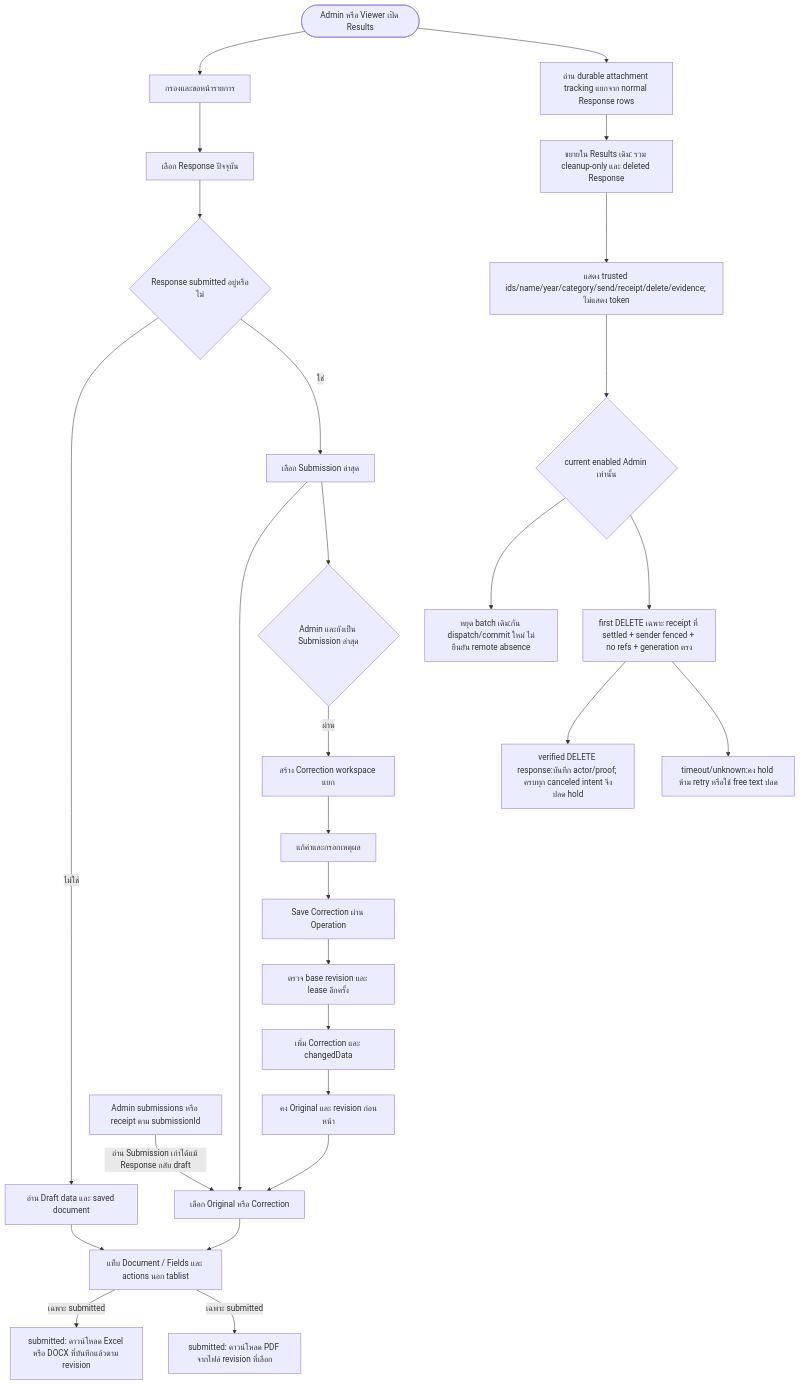
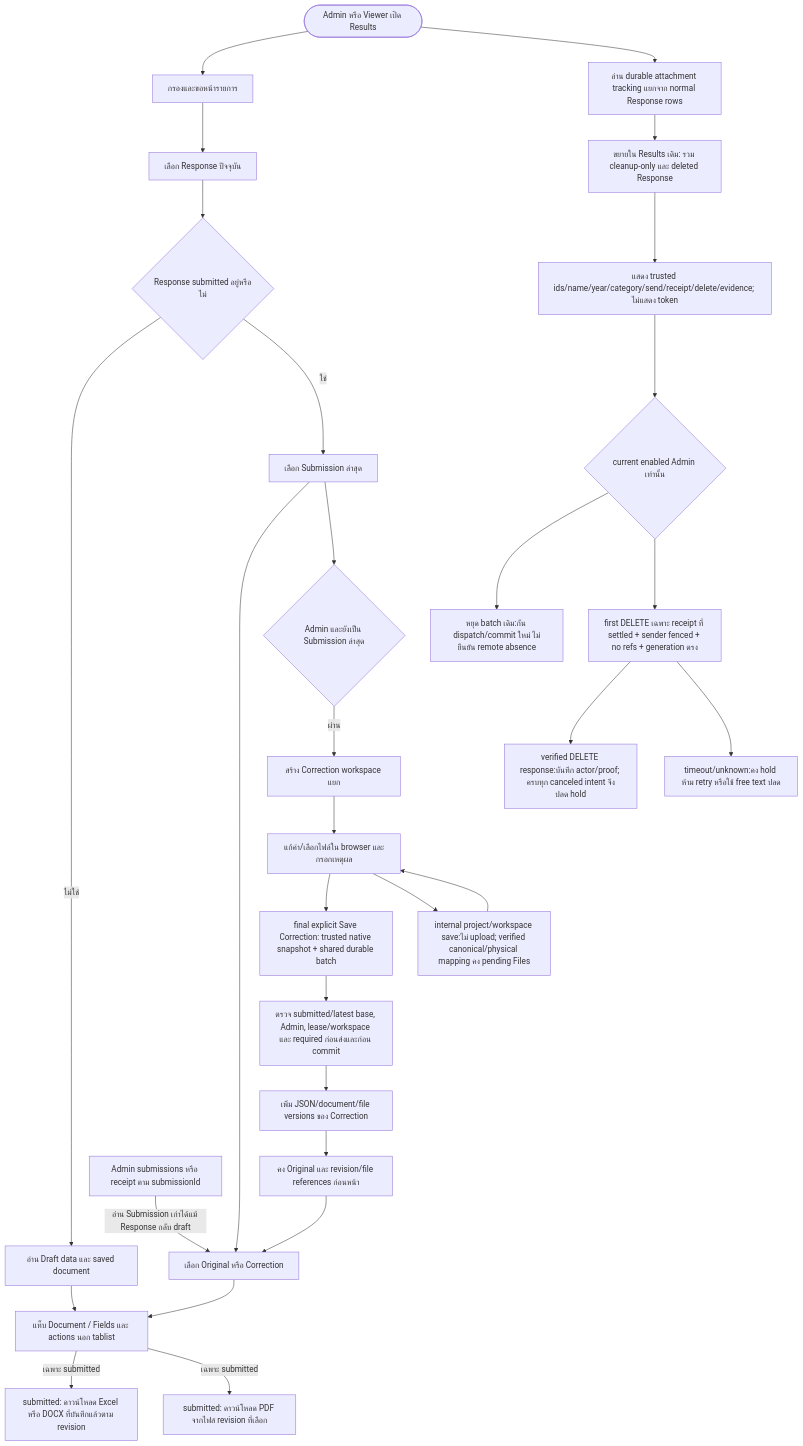
One commit to AquilaStudio2/folio-forms changed the diagram in .scratch/system-workflow/diagrams/09-results-correction.mmd. Above: the diagram before and after it, drawn with Mermaid. The commit also changed 25 other files, not shown here.

```diff
--- a/.scratch/system-workflow/diagrams/09-results-correction.mmd
+++ b/.scratch/system-workflow/diagrams/09-results-correction.mmd
@@ -1,36 +1,38 @@
 flowchart TD
     search(["Admin หรือ Viewer เปิด Results"])
     filters["กรองและขอหน้ารายการ"]
     response["เลือก Response ปัจจุบัน"]
     state{"Response submitted อยู่หรือไม่"}
     draft["อ่าน Draft data และ saved document"]
     submission["เลือก Submission ล่าสุด"]
     revision["เลือก Original หรือ Correction"]
     read["แท็บ Document / Fields และ actions นอก tablist"]
     doc["submitted: ดาวน์โหลด Excel หรือ DOCX ที่บันทึกแล้วตาม revision"]
     pdf["submitted: ดาวน์โหลด PDF จากไฟล์ revision ที่เลือก"]
     canCorrect{"Admin และยังเป็น Submission ล่าสุด"}
     workspace["สร้าง Correction workspace แยก"]
-    edit["แก้ค่าและกรอกเหตุผล"]
-    operation["Save Correction ผ่าน Operation"]
-    compare["ตรวจ base revision และ lease อีกครั้ง"]
-    append["เพิ่ม Correction และ changedData"]
-    preserved["คง Original และ revision ก่อนหน้า"]
+    edit["แก้ค่า/เลือกไฟล์ใน browser และกรอกเหตุผล"]
+    operation["final explicit Save Correction: trusted native snapshot + shared durable batch"]
+    compare["ตรวจ submitted/latest base, Admin, lease/workspace และ required ก่อนส่งและก่อน commit"]
+    append["เพิ่ม JSON/document/file versions ของ Correction"]
+    preserved["คง Original และ revision/file references ก่อนหน้า"]
     past["Admin submissions หรือ receipt ตาม submissionId"]
     search --> filters --> response --> state
     search --> tracking["อ่าน durable attachment tracking แยกจาก normal Response rows"]
     tracking --> expanded["ขยายใน Results เดิม: รวม cleanup-only และ deleted Response"]
     expanded --> evidence["แสดง trusted ids/name/year/category/send/receipt/delete/evidence; ไม่แสดง token"]
     evidence --> operator{"current enabled Admin เท่านั้น"}
     operator --> fence["หยุด batch เดิม:กัน dispatch/commit ใหม่ ไม่ยืนยัน remote absence"]
     operator --> cleanup["first DELETE เฉพาะ receipt ที่ settled + sender fenced + no refs + generation ตรง"]
     cleanup --> verified["verified DELETE response:บันทึก actor/proof; ครบทุก canceled intent จึงปลด hold"]
     cleanup --> uncertain["timeout/unknown:คง hold ห้าม retry หรือใช้ free text ปลด"]
     state -->|"ไม่ใช่"| draft --> read
     state -->|"ใช่"| submission --> revision --> read
     read -->|"เฉพาะ submitted"| doc
     read -->|"เฉพาะ submitted"| pdf
     submission --> canCorrect
     canCorrect -->|"ผ่าน"| workspace --> edit --> operation --> compare --> append
+    edit --> internal["internal project/workspace save:ไม่ upload; verified canonical/physical mapping คง pending Files"]
+    internal --> edit
     append --> preserved --> revision
     past -->|"อ่าน Submission เก่าได้แม้ Response กลับ draft"| revision
```
